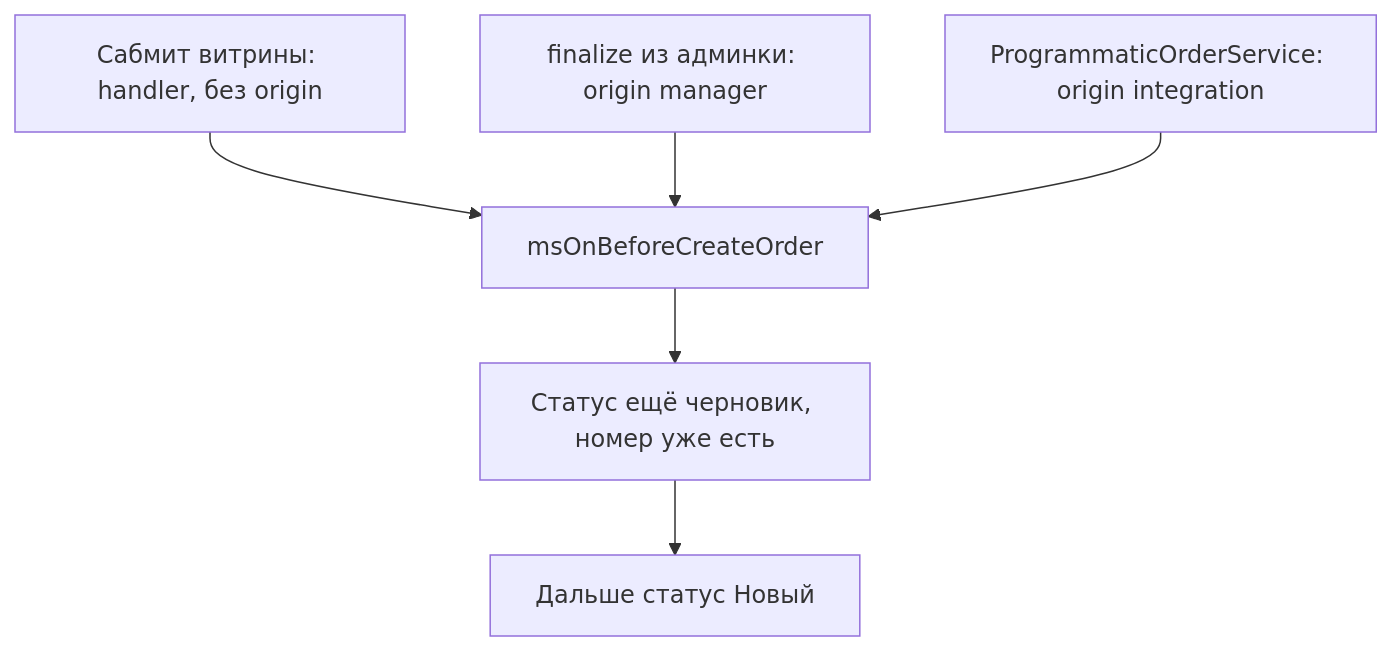
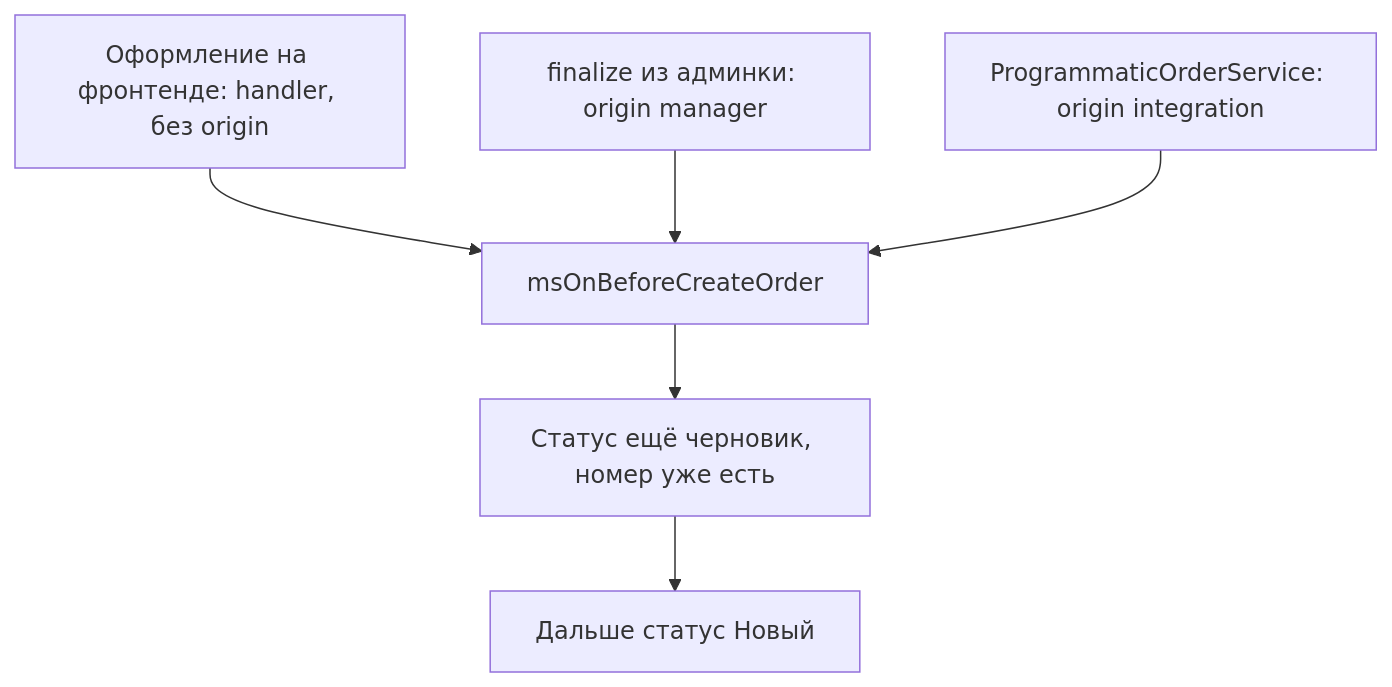
Before and after one commit to modx-pro/Docs: the second of 2 diagrams in docs/components/minishop3/development/events/order.md, drawn with Mermaid. The commit also changed other lines of this file and 11 other files, not shown here.

````diff
--- a/docs/components/minishop3/development/events/order.md
+++ b/docs/components/minishop3/development/events/order.md
@@ -413,8 +413,8 @@
 ```mermaid
 flowchart TD
-  store["Сабмит витрины: handler, без origin"] --> event["msOnBeforeCreateOrder"]
+  store["Оформление на фронтенде: handler, без origin"] --> event["msOnBeforeCreateOrder"]
   admin["finalize из админки: origin manager"] --> event
   api["ProgrammaticOrderService: origin integration"] --> event
   event --> draft["Статус ещё черновик, номер уже есть"]
   draft --> statusNew["Дальше статус Новый"]
 ```
````
